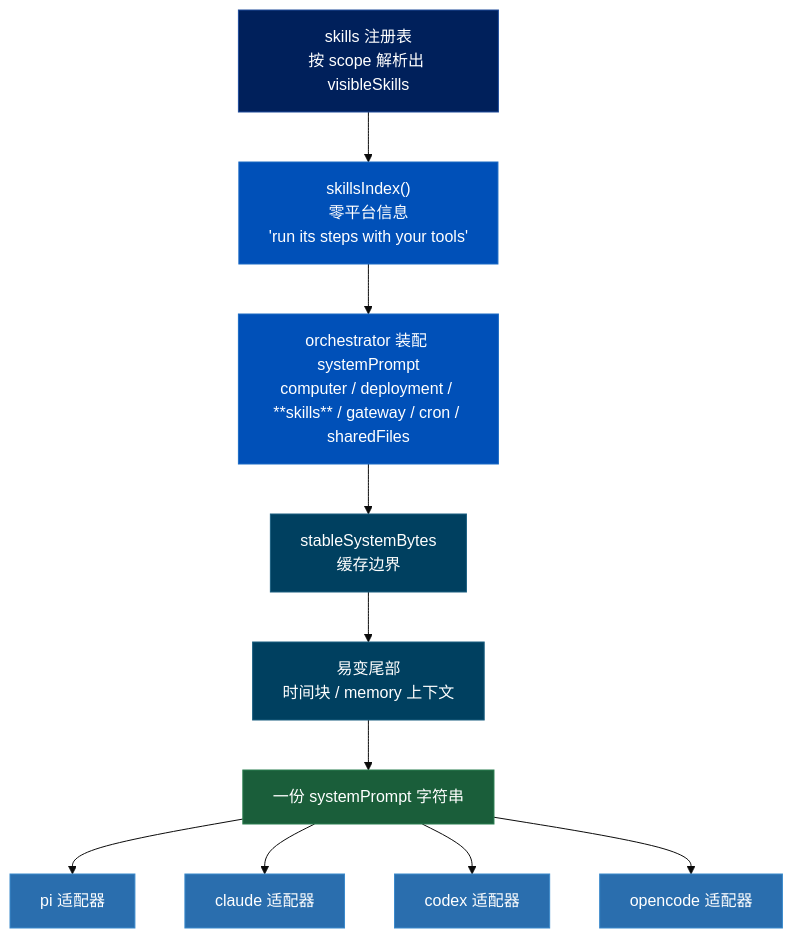
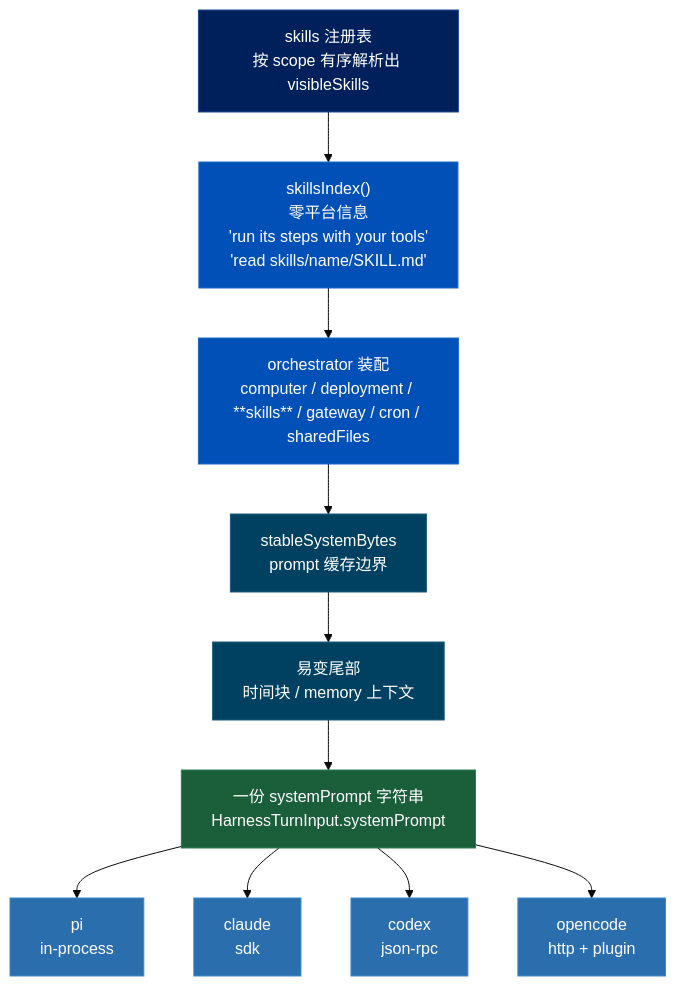
One commit to harveyzhang814/harveyz-skill changed the second of 4 diagrams in knowledge/qm/qm-skill-adaptation.md. Above: the diagram before and after it, drawn with Mermaid (base theme). The commit also changed other lines of this file and 1 other file, not shown here.

````diff
--- a/knowledge/qm/qm-skill-adaptation.md
+++ b/knowledge/qm/qm-skill-adaptation.md
@@ -68,31 +131,31 @@
 ```mermaid
 flowchart TB
-    SKILLS["skills 注册表<br/>按 scope 解析出 visibleSkills"]
-    INDEX["skillsIndex()<br/>零平台信息<br/>'run its steps with your tools'"]
-    ASSEMBLE["orchestrator 装配 systemPrompt<br/>computer / deployment / **skills** / gateway / cron / sharedFiles"]
-    BOUNDARY["stableSystemBytes<br/>缓存边界"]
+    SKILLS["skills 注册表<br/>按 scope 有序解析出 visibleSkills"]
+    INDEX["skillsIndex()<br/>零平台信息<br/>'run its steps with your tools'<br/>'read skills/name/SKILL.md'"]
+    ASSEMBLE["orchestrator 装配<br/>computer / deployment / **skills** / gateway / cron / sharedFiles"]
+    BOUNDARY["stableSystemBytes<br/>prompt 缓存边界"]
     TAIL["易变尾部<br/>时间块 / memory 上下文"]
-    SP["一份 systemPrompt 字符串"]
+    SP["一份 systemPrompt 字符串<br/>HarnessTurnInput.systemPrompt"]
 
-    PI["pi 适配器"]
-    CLAUDE["claude 适配器"]
-    CODEX["codex 适配器"]
-    OC["opencode 适配器"]
+    PI["pi<br/>in-process"]
+    CLAUDE["claude<br/>sdk"]
+    CODEX["codex<br/>json-rpc"]
+    OC["opencode<br/>http + plugin"]
 
     SKILLS --> INDEX --> ASSEMBLE --> BOUNDARY --> TAIL --> SP
     SP --> PI
     SP --> CLAUDE
     SP --> CODEX
     SP --> OC
 
     style SKILLS fill:#00205B,color:#fff,stroke:#1E4A9A
     style INDEX fill:#0050B8,color:#fff,stroke:#1A6AC4
     style ASSEMBLE fill:#0050B8,color:#fff,stroke:#1A6AC4
     style BOUNDARY fill:#004060,color:#fff,stroke:#1A5E80
     style TAIL fill:#004060,color:#fff,stroke:#1A5E80
     style SP fill:#1A5E3A,color:#fff,stroke:#2A7E50
     style PI fill:#2A6EAE,color:#fff,stroke:#3A8ACC
     style CLAUDE fill:#2A6EAE,color:#fff,stroke:#3A8ACC
     style CODEX fill:#2A6EAE,color:#fff,stroke:#3A8ACC
     style OC fill:#2A6EAE,color:#fff,stroke:#3A8ACC
 ```
````
